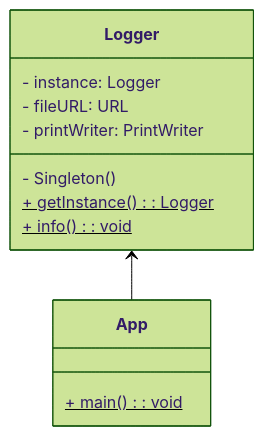
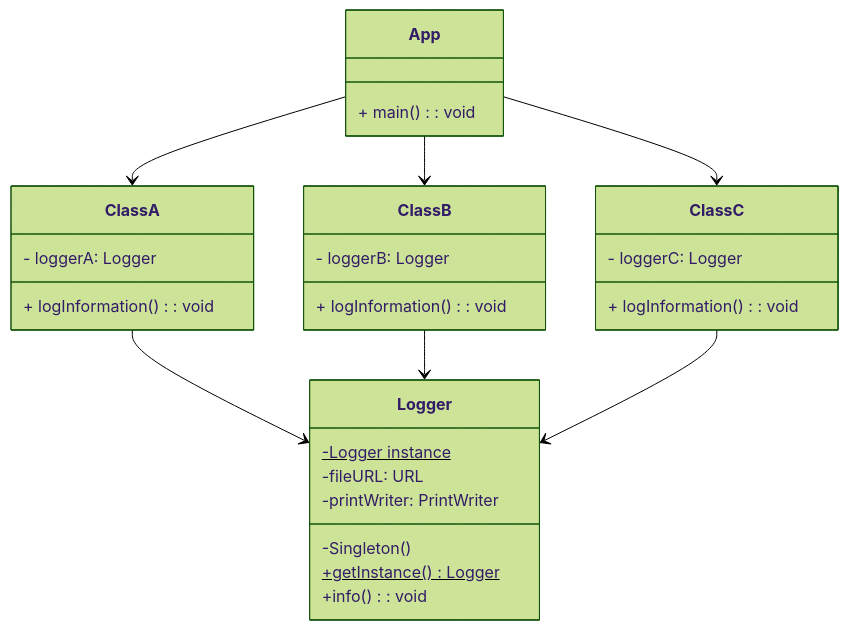
The diagram in singleton/README.md (BabiiA/dessign-patterns), drawn with Mermaid (forest theme) before and after one commit. The commit also changed 116 other files, not shown here.

````diff
--- a/singleton/README.md
+++ b/singleton/README.md
@@ -1,15 +1,34 @@
 ```mermaid
 classDiagram
     class Logger {
-        - instance: Logger
-        - fileURL: URL
-        - printWriter: PrintWriter
-        - Singleton()
-        + getInstance()$: Logger
-        + info()$: void
+        -Logger instance$
+        -fileURL: URL
+        -printWriter: PrintWriter
+        -Singleton()
+        +getInstance()$ Logger 
+        +info(): void
+    }
+    class ClassA {
+        - loggerA: Logger
+        + logInformation(): void
+    }
+    class ClassB {
+        - loggerB: Logger
+        + logInformation(): void
+    }
+    class ClassC {
+        - loggerC: Logger
+        + logInformation(): void
     }
     class App {
-        + main()$: void
+        + main(): void
     }
-    Logger<--App
+    
+    ClassA-->Logger
+    ClassB-->Logger
+    ClassC-->Logger
+    App-->ClassA
+    App-->ClassB
+    App-->ClassC
+    
 ```
````
